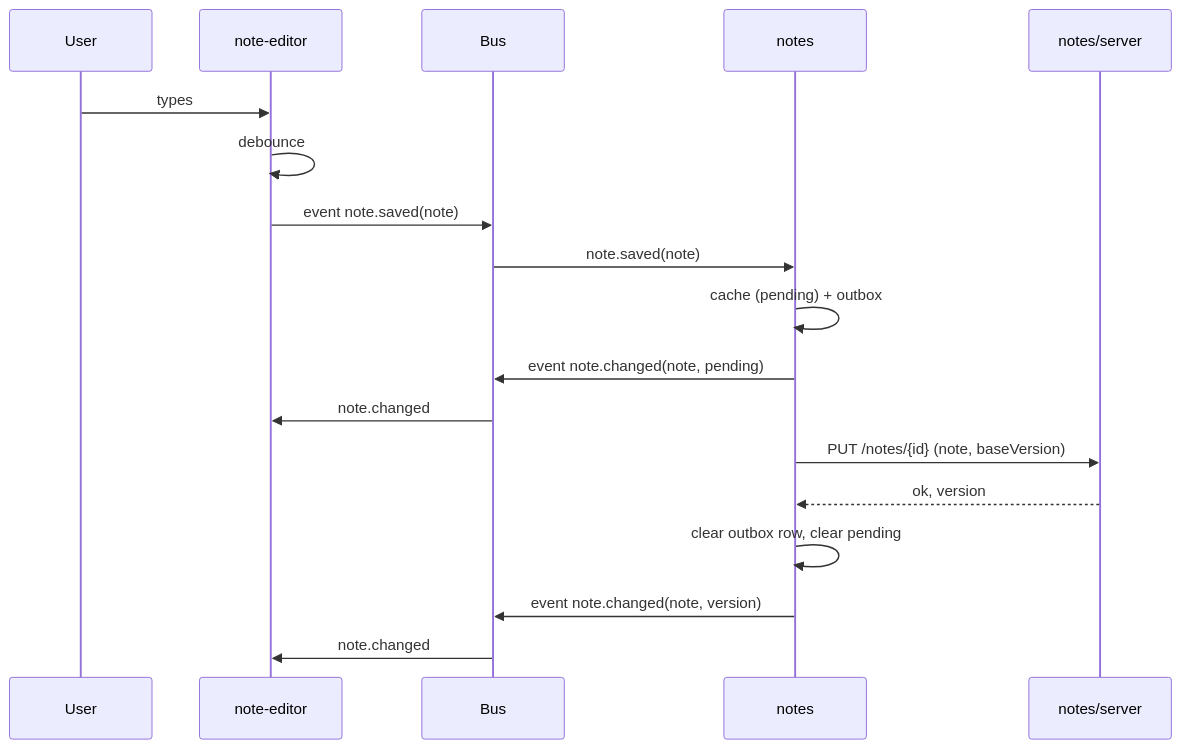
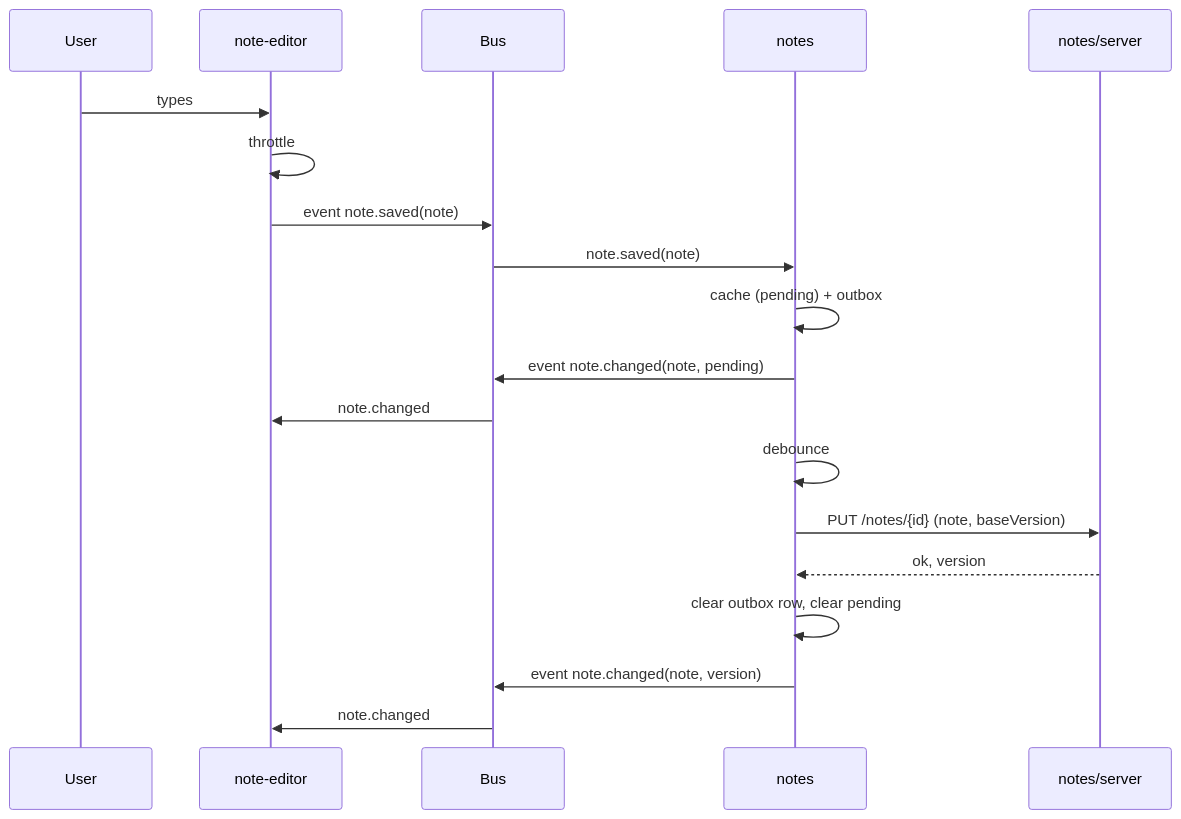
The second of 4 diagrams in architecture.md (maciekkreft/unblent), drawn with Mermaid before and after one commit. The commit also changed other lines of this file and 43 other files, not shown here.

````diff
--- a/architecture.md
+++ b/architecture.md
@@ -178,21 +182,22 @@
 ```mermaid
 sequenceDiagram
     participant U as User
     participant E as note-editor
     participant B as Bus
     participant N as notes
     participant S as notes/server
 
     U->>E: types
-    E->>E: debounce
+    E->>E: throttle
     E->>B: event note.saved(note)
     B->>N: note.saved(note)
     N->>N: cache (pending) + outbox
     N->>B: event note.changed(note, pending)
     B->>E: note.changed
+    N->>N: debounce
     N->>S: PUT /notes/{id} (note, baseVersion)
     S-->>N: ok, version
     N->>N: clear outbox row, clear pending
     N->>B: event note.changed(note, version)
     B->>E: note.changed
 ```
````
